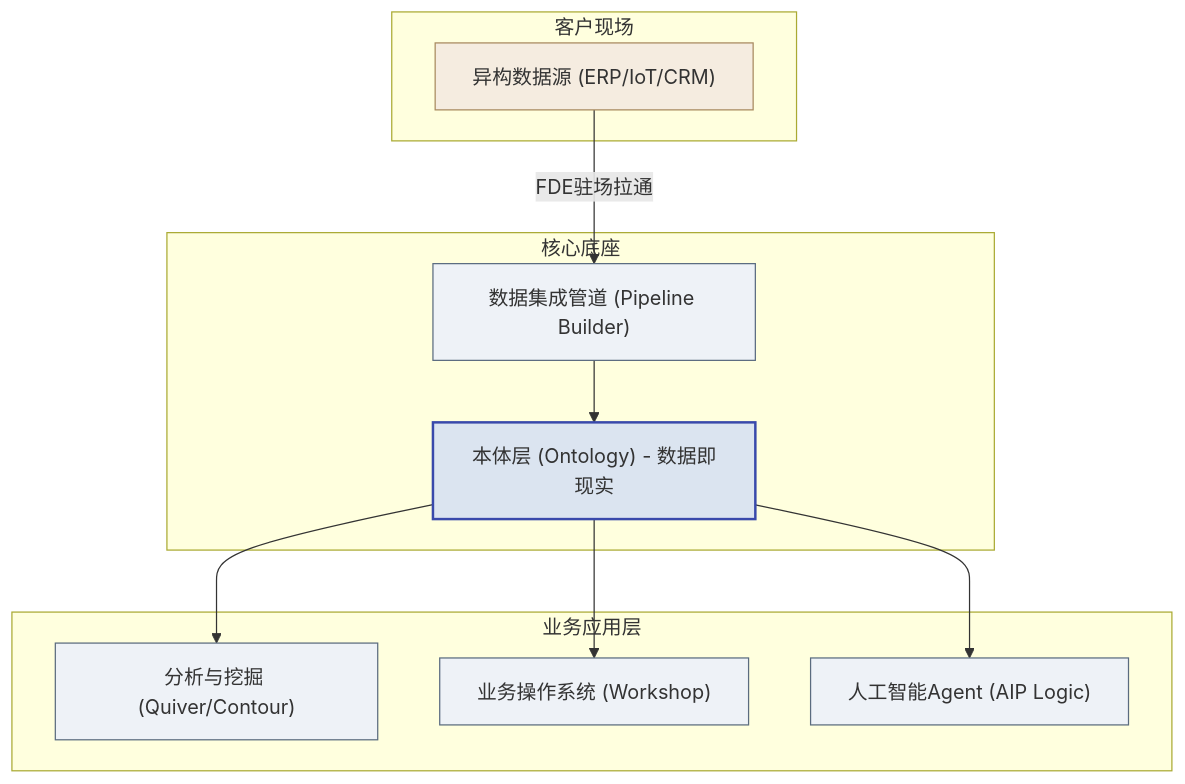
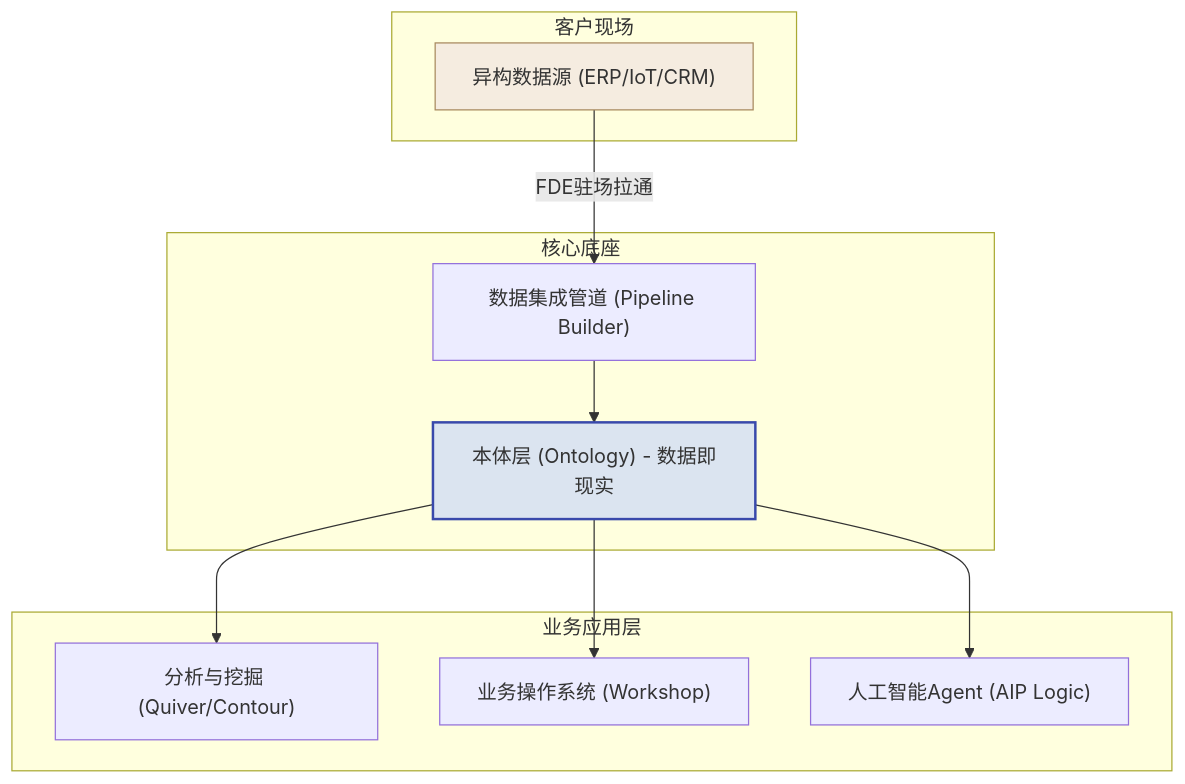
Before and after one commit to cloudzun/fde-course: the first of 2 diagrams in textbook/第03章_Palantir的平台与FDE体系.md, drawn with Mermaid. The commit also changed other lines of this file and 10 other files, not shown here.

Commit message:
style: 全库mermaid配色统一以第11章为标准——删主色灰底style，仅保留强调蓝/琥珀金/绿/红四色点缀（40行，方向与第11章图不动）

````diff
--- a/textbook/第03章_Palantir的平台与FDE体系.md
+++ b/textbook/第03章_Palantir的平台与FDE体系.md
@@ -34,30 +34,26 @@
 ```mermaid
 graph TD
     subgraph site["客户现场"]
         src["异构数据源 (ERP/IoT/CRM)"]
     end
     
     subgraph core["核心底座"]
         pipe["数据集成管道 (Pipeline Builder)"]
         onto["本体层 (Ontology) - 数据即现实"]
     end
     
     subgraph app["业务应用层"]
         ana["分析与挖掘 (Quiver/Contour)"]
         work["业务操作系统 (Workshop)"]
         aip["人工智能Agent (AIP Logic)"]
     end
     
     src --"FDE驻场拉通"--> pipe
     pipe --> onto
     onto --> ana
     onto --> work
     onto --> aip
 
     style src fill:#f5ece0,stroke:#a8895f
     style onto fill:#dbe4f0,stroke:#3949ab,stroke-width:2px
-    style pipe fill:#eef2f7,stroke:#5a6b7f
-    style ana fill:#eef2f7,stroke:#5a6b7f
-    style work fill:#eef2f7,stroke:#5a6b7f
-    style aip fill:#eef2f7,stroke:#5a6b7f
 ```
````
